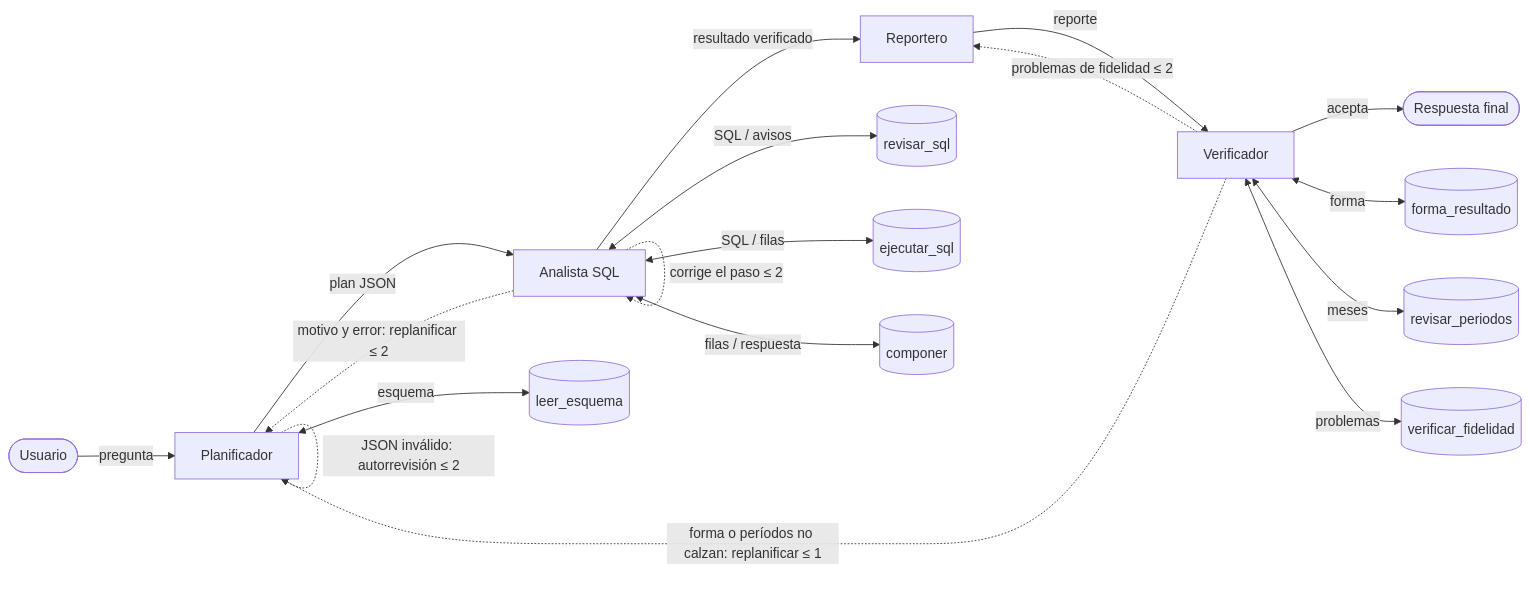
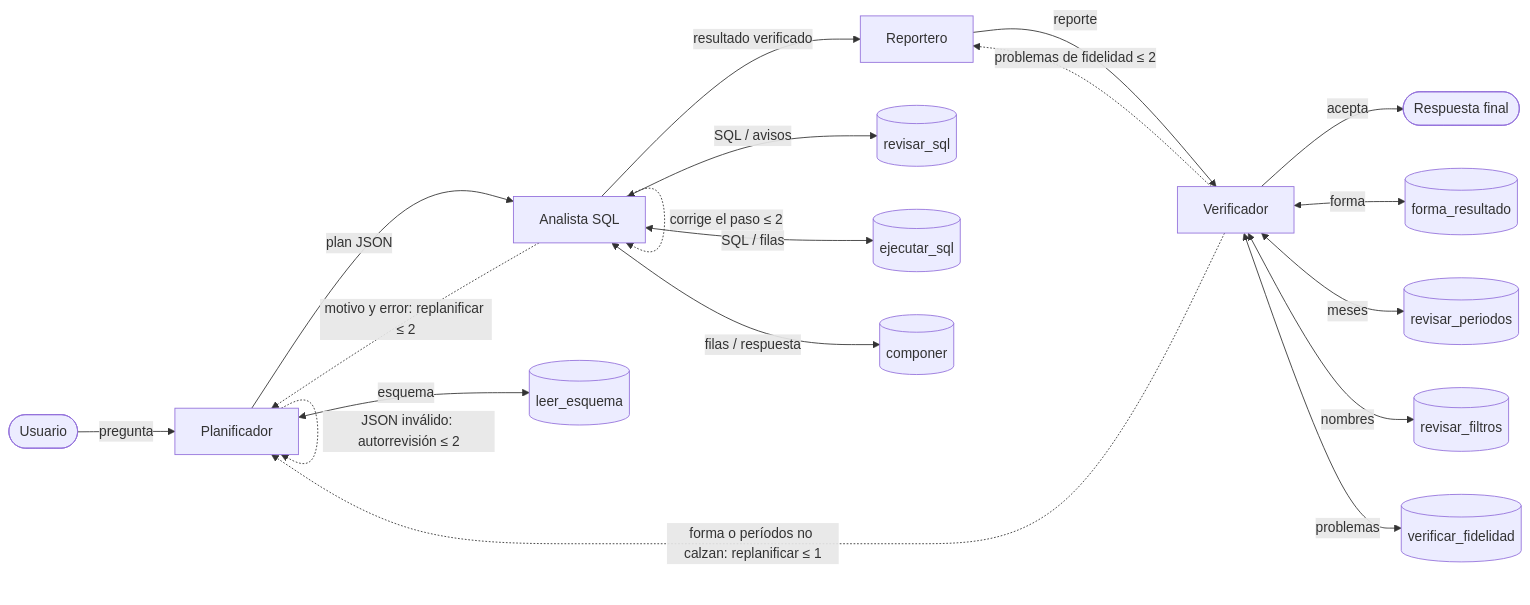
Before and after one commit to Braijoru/Asistente-SQL-4-Business: the diagram in README.md, drawn with Mermaid. The commit also changed other lines of this file and 49 other files, not shown here.

````diff
--- a/README.md
+++ b/README.md
@@ -54,20 +54,21 @@
 ```mermaid
 flowchart LR
     U([Usuario]) -->|"pregunta"| P[Planificador]
     P -->|"plan JSON"| A[Analista SQL]
     A -->|"resultado verificado"| R[Reportero]
     R -->|"reporte"| V[Verificador]
     V -->|"acepta"| F([Respuesta final])
     P -.->|"JSON inválido: autorrevisión ≤ 2"| P
     A -.->|"corrige el paso ≤ 2"| A
     A -.->|"motivo y error: replanificar ≤ 2"| P
     V -.->|"problemas de fidelidad ≤ 2"| R
     V -.->|"forma o períodos no calzan: replanificar ≤ 1"| P
     P <-->|"esquema"| T1[(leer_esquema)]
     A <-->|"SQL / avisos"| T2[(revisar_sql)]
     A <-->|"SQL / filas"| T3[(ejecutar_sql)]
     A <-->|"filas / respuesta"| T4[(componer)]
     V <-->|"forma"| T5[(forma_resultado)]
     V <-->|"meses"| T6[(revisar_periodos)]
+    V <-->|"nombres"| T8[(revisar_filtros)]
     V <-->|"problemas"| T7[(verificar_fidelidad)]
 ```
````
